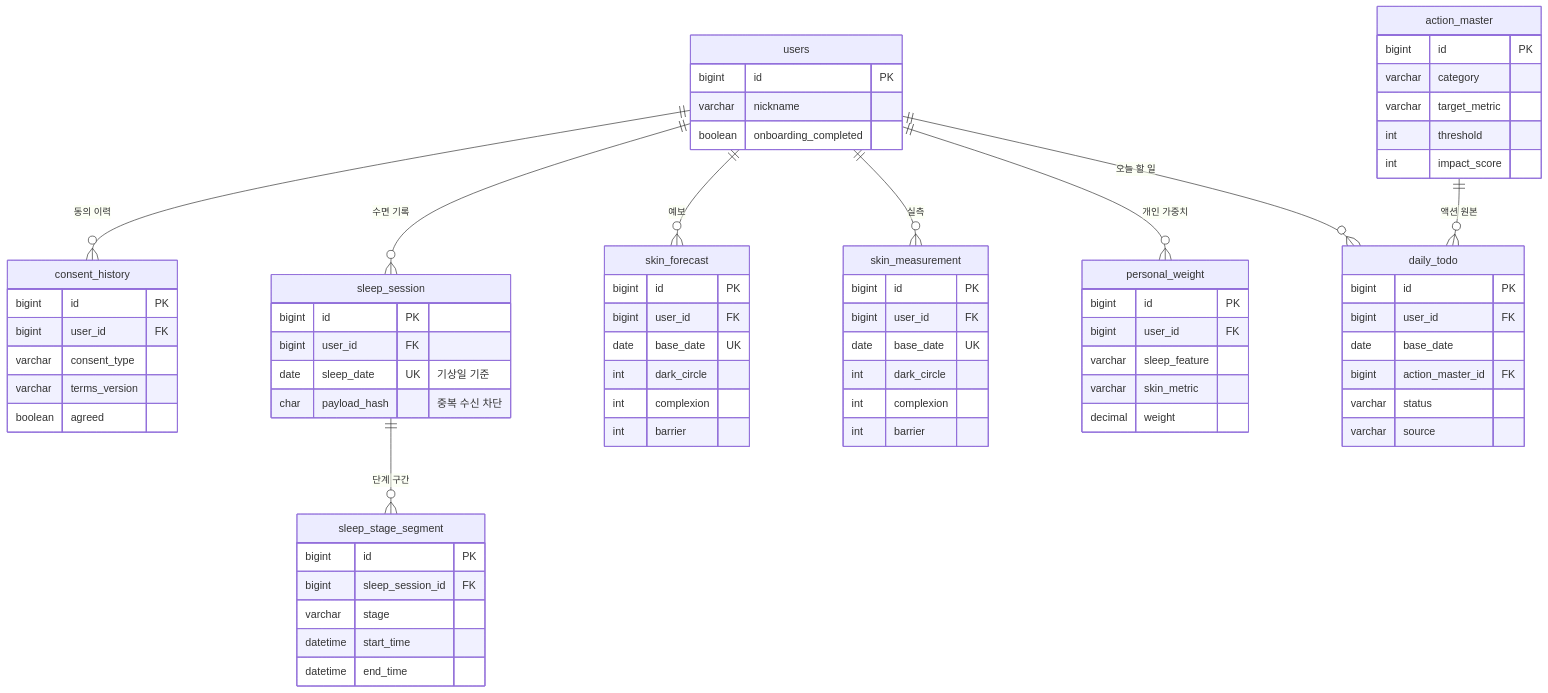
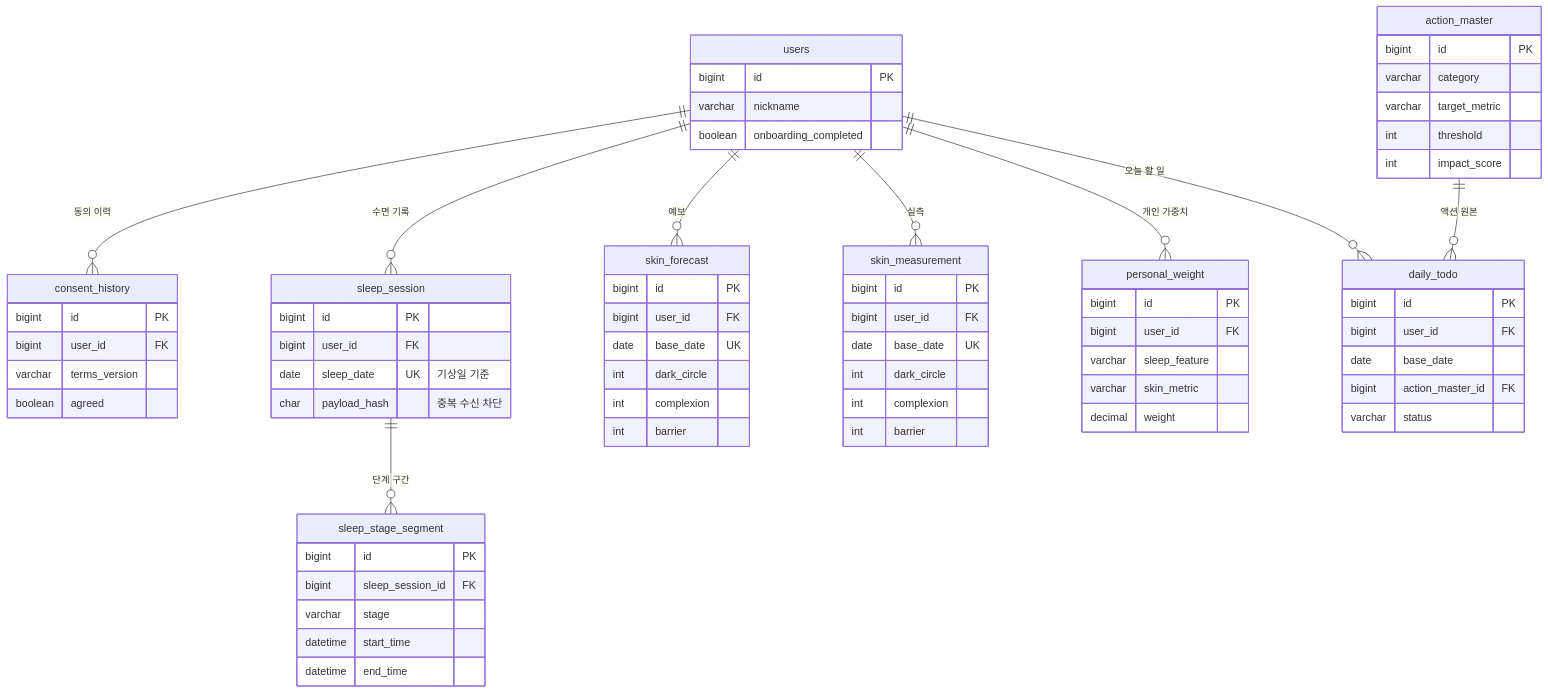
Before and after one commit to Sleep2Skin-project/Sleep2Skin_BE: the diagram in docs/erd.md, drawn with Mermaid. The commit also changed other lines of this file and 4 other files, not shown here.

````diff
--- a/docs/erd.md
+++ b/docs/erd.md
@@ -12,75 +14,73 @@
 ```mermaid
 erDiagram
     users ||--o{ consent_history : "동의 이력"
     users ||--o{ sleep_session : "수면 기록"
     users ||--o{ skin_forecast : "예보"
     users ||--o{ skin_measurement : "실측"
     users ||--o{ personal_weight : "개인 가중치"
     users ||--o{ daily_todo : "오늘 할 일"
     sleep_session ||--o{ sleep_stage_segment : "단계 구간"
     action_master ||--o{ daily_todo : "액션 원본"
 
     users {
         bigint id PK
         varchar nickname
         boolean onboarding_completed
     }
     consent_history {
         bigint id PK
         bigint user_id FK
-        varchar consent_type
         varchar terms_version
         boolean agreed
     }
     sleep_session {
         bigint id PK
         bigint user_id FK
         date sleep_date UK "기상일 기준"
         char payload_hash "중복 수신 차단"
     }
     sleep_stage_segment {
         bigint id PK
         bigint sleep_session_id FK
         varchar stage
         datetime start_time
         datetime end_time
     }
     skin_forecast {
         bigint id PK
         bigint user_id FK
         date base_date UK
         int dark_circle
         int complexion
         int barrier
     }
     skin_measurement {
         bigint id PK
         bigint user_id FK
         date base_date UK
         int dark_circle
         int complexion
         int barrier
     }
     personal_weight {
         bigint id PK
         bigint user_id FK
         varchar sleep_feature
         varchar skin_metric
         decimal weight
     }
     action_master {
         bigint id PK
         varchar category
         varchar target_metric
         int threshold
         int impact_score
     }
     daily_todo {
         bigint id PK
         bigint user_id FK
         date base_date
         bigint action_master_id FK
         varchar status
-        varchar source
     }
 ```
````
